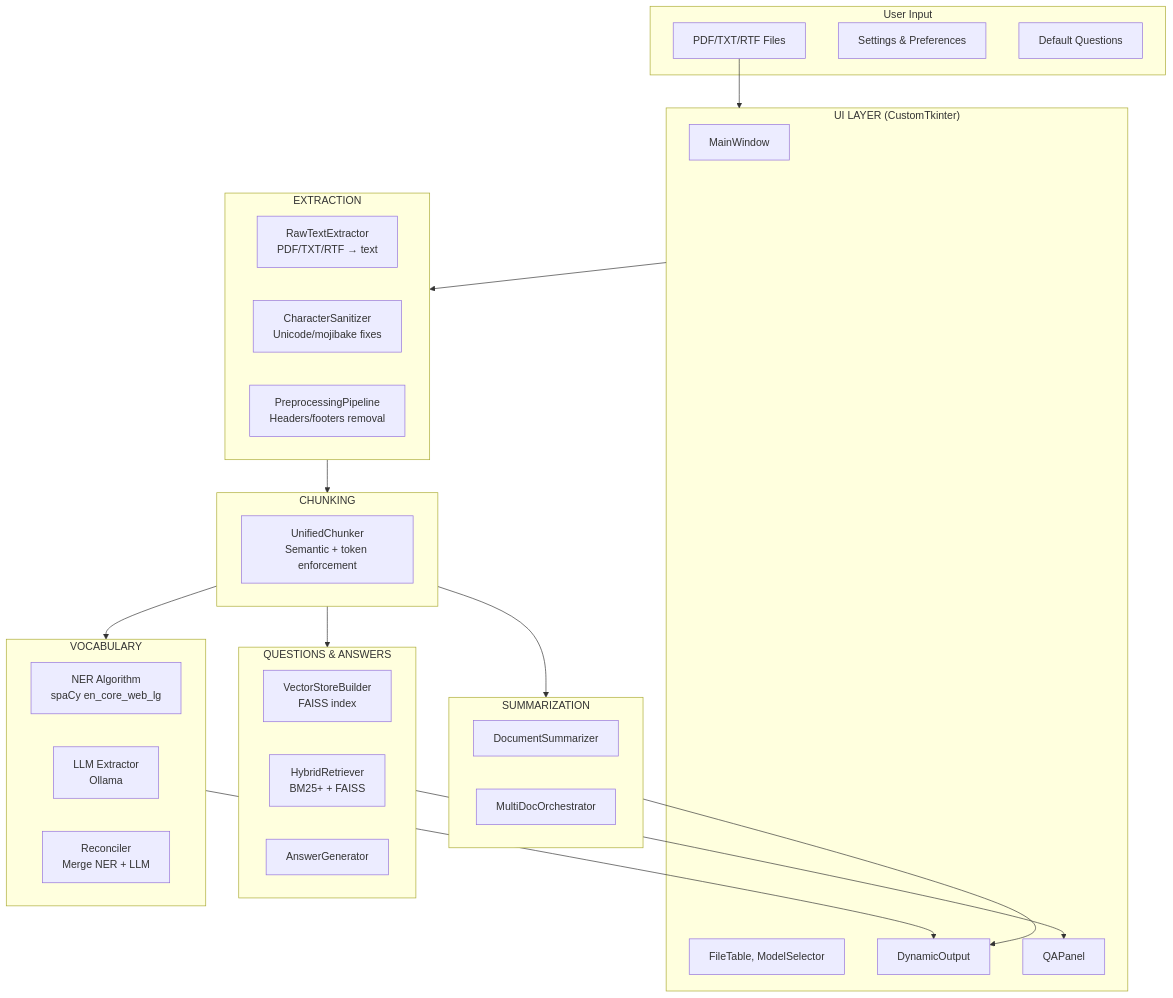
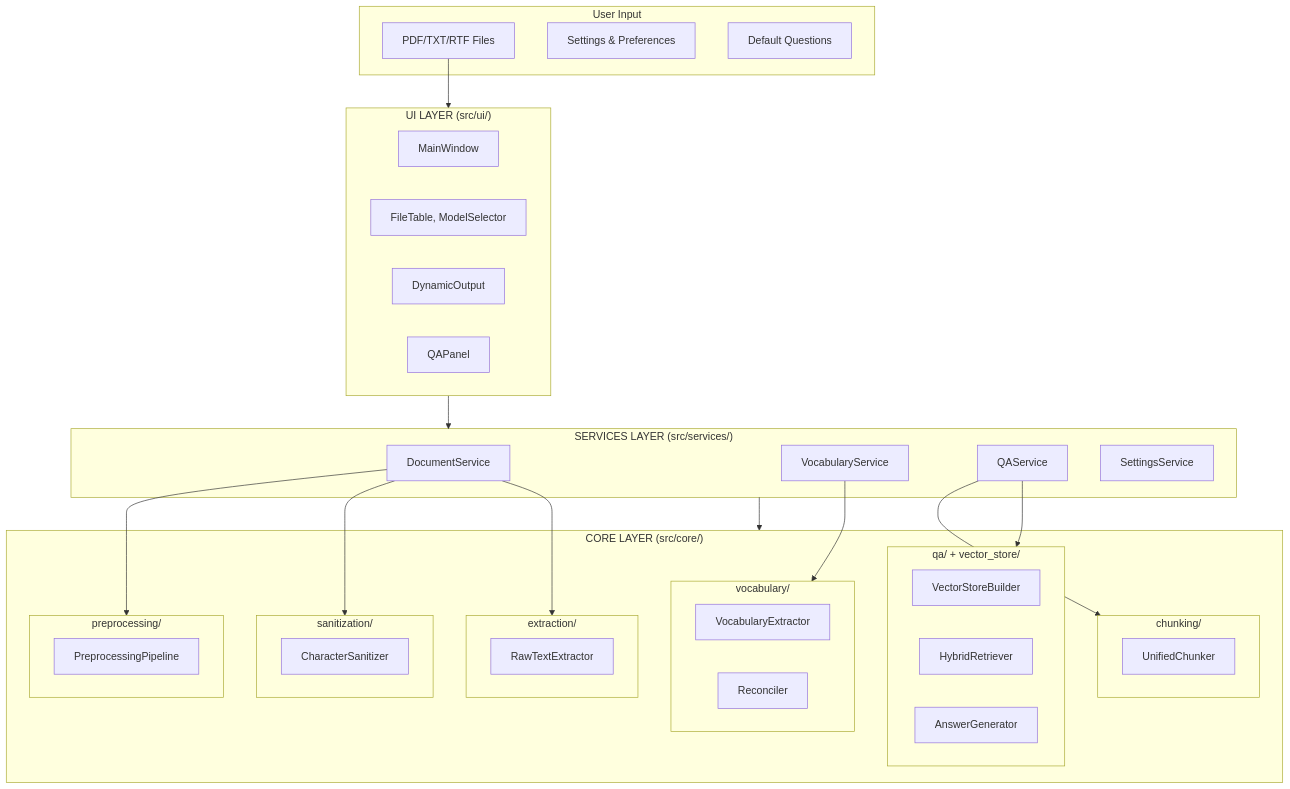
Before and after one commit to caseprepd-app/CaseSummarizer: the first of 6 diagrams in ARCHITECTURE.md, drawn with Mermaid. The commit also changed other lines of this file and 188 other files, not shown here.

````diff
--- a/ARCHITECTURE.md
+++ b/ARCHITECTURE.md
@@ -55,52 +93,56 @@
 ```mermaid
 flowchart TB
     subgraph USER["User Input"]
         Files["PDF/TXT/RTF Files"]
         Settings["Settings & Preferences"]
         Questions["Default Questions"]
     end
 
-    subgraph UI["UI LAYER (CustomTkinter)"]
+    subgraph UI["UI LAYER (src/ui/)"]
         MainWindow["MainWindow"]
         Widgets["FileTable, ModelSelector"]
         Output["DynamicOutput"]
         QAPanel["QAPanel"]
     end
 
-    subgraph EXTRACT["EXTRACTION"]
-        RawText["RawTextExtractor<br/>PDF/TXT/RTF → text"]
-        Sanitize["CharacterSanitizer<br/>Unicode/mojibake fixes"]
-        Preprocess["PreprocessingPipeline<br/>Headers/footers removal"]
+    subgraph SERVICES["SERVICES LAYER (src/services/)"]
+        DocService["DocumentService"]
+        VocabService["VocabularyService"]
+        QAService["QAService"]
+        SettingsService["SettingsService"]
     end
 
-    subgraph CHUNK["CHUNKING"]
-        Unified["UnifiedChunker<br/>Semantic + token enforcement"]
-    end
-
-    subgraph VOCAB["VOCABULARY"]
-        NER["NER Algorithm<br/>spaCy en_core_web_lg"]
-        LLM["LLM Extractor<br/>Ollama"]
-        Reconciler["Reconciler<br/>Merge NER + LLM"]
-    end
-
-    subgraph QA["QUESTIONS & ANSWERS"]
-        VectorStore["VectorStoreBuilder<br/>FAISS index"]
-        Retriever["HybridRetriever<br/>BM25+ + FAISS"]
-        AnswerGen["AnswerGenerator"]
-    end
-
-    subgraph SUMMARY["SUMMARIZATION"]
-        DocSum["DocumentSummarizer"]
-        MultiDoc["MultiDocOrchestrator"]
+    subgraph CORE["CORE LAYER (src/core/)"]
+        subgraph EXTRACT["extraction/"]
+            RawText["RawTextExtractor"]
+        end
+        subgraph SANIT["sanitization/"]
+            Sanitize["CharacterSanitizer"]
+        end
+        subgraph PREPROC["preprocessing/"]
+            Preprocess["PreprocessingPipeline"]
+        end
+        subgraph CHUNK["chunking/"]
+            Unified["UnifiedChunker"]
+        end
+        subgraph VOCAB["vocabulary/"]
+            VocabExtract["VocabularyExtractor"]
+            Reconciler["Reconciler"]
+        end
+        subgraph QA["qa/ + vector_store/"]
+            VectorStore["VectorStoreBuilder"]
+            Retriever["HybridRetriever"]
+            AnswerGen["AnswerGenerator"]
+        end
     end
 
     Files --> UI
-    UI --> EXTRACT
-    EXTRACT --> CHUNK
-    CHUNK --> VOCAB
-    CHUNK --> QA
-    CHUNK --> SUMMARY
-    VOCAB --> Output
-    QA --> QAPanel
-    SUMMARY --> Output
+    UI --> SERVICES
+    SERVICES --> CORE
+    DocService --> EXTRACT
+    DocService --> SANIT
+    DocService --> PREPROC
+    VocabService --> VOCAB
+    QAService --> QA
+    QAService --> CHUNK
 ```
````
